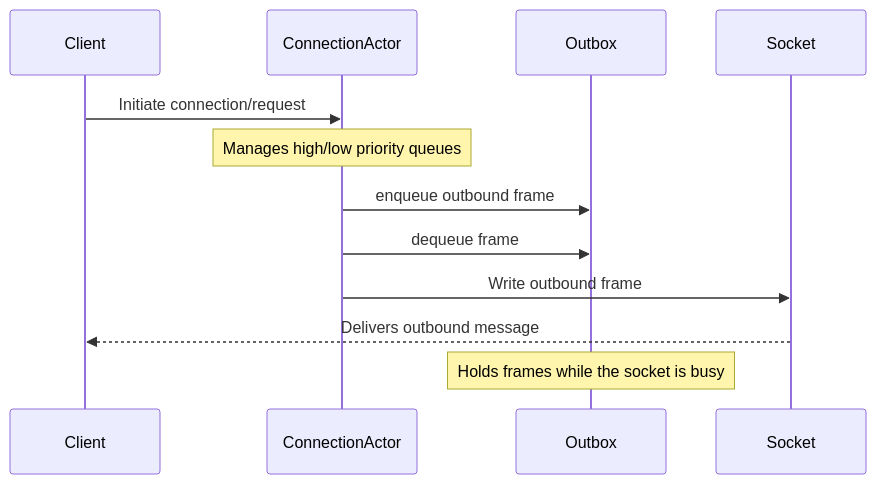
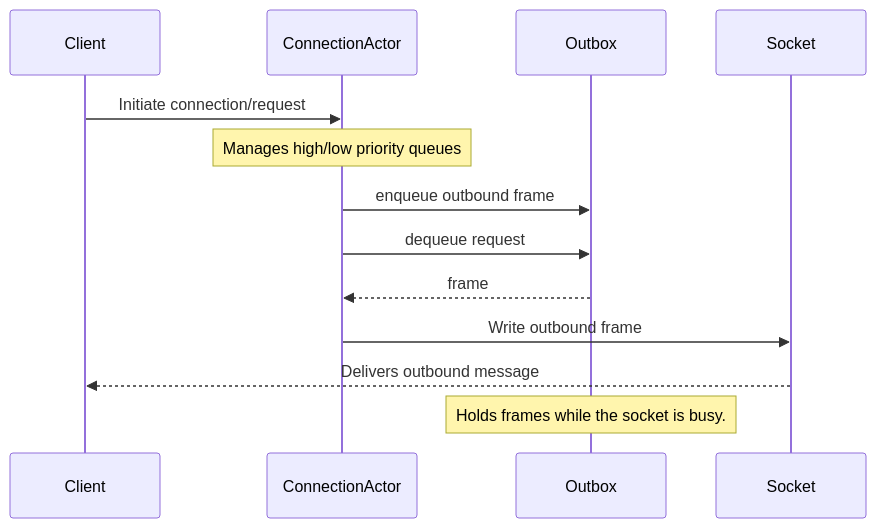
The second of 7 diagrams in docs/asynchronous-outbound-messaging-design.md (leynos/wireframe), drawn with Mermaid before and after one commit. The commit also changed other lines of this file, not shown here.

Commit message:
Clarify dequeue interaction

````diff
--- a/docs/asynchronous-outbound-messaging-design.md
+++ b/docs/asynchronous-outbound-messaging-design.md
@@ -164,15 +164,16 @@
 ```mermaid
 sequenceDiagram
     participant Client
     participant ConnectionActor
     participant Outbox
     participant Socket
 
     Client->>ConnectionActor: Initiate connection/request
     Note over ConnectionActor: Manages high/low priority queues
     ConnectionActor->>Outbox: enqueue outbound frame
-    ConnectionActor->>Outbox: dequeue frame
+    ConnectionActor->>Outbox: dequeue request
+    Outbox-->>ConnectionActor: frame
     ConnectionActor->>Socket: Write outbound frame
     Socket-->>Client: Delivers outbound message
-    Note over Outbox: Holds frames while the socket is busy
+    Note over Outbox: Holds frames while the socket is busy.
 ```
````
